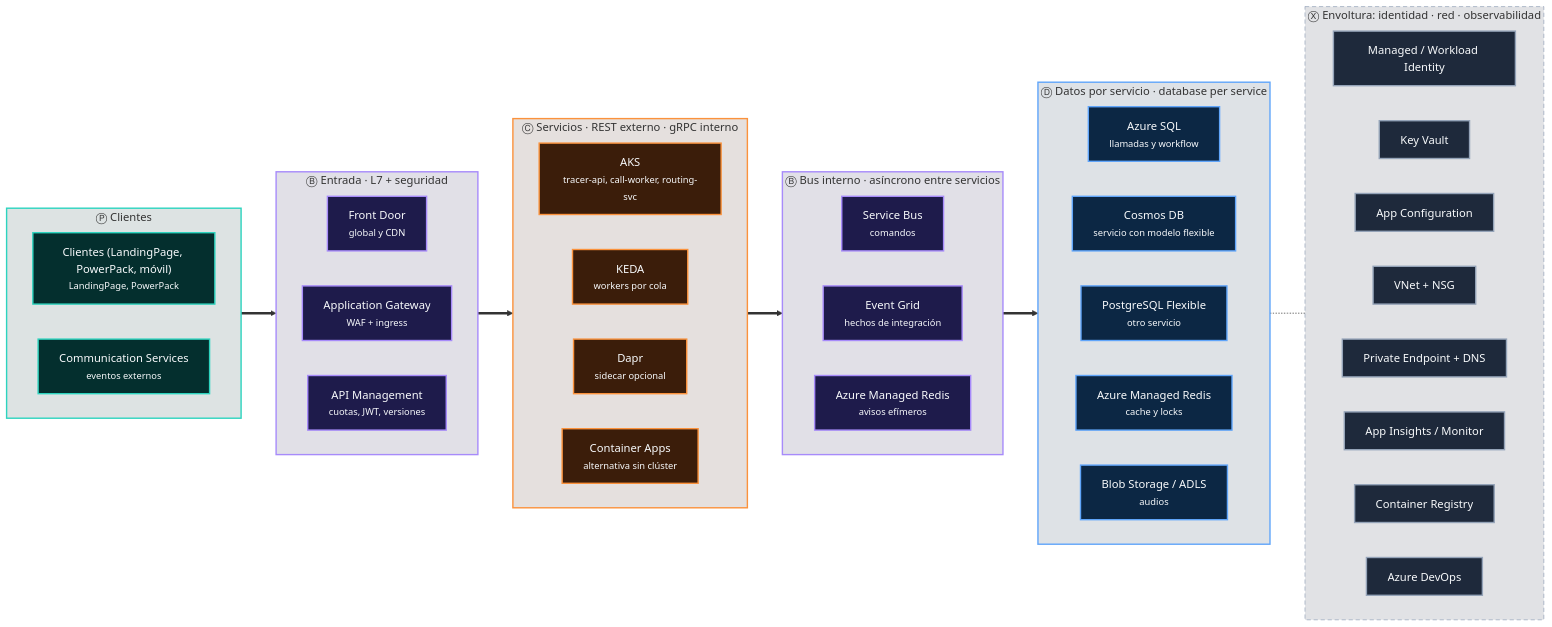
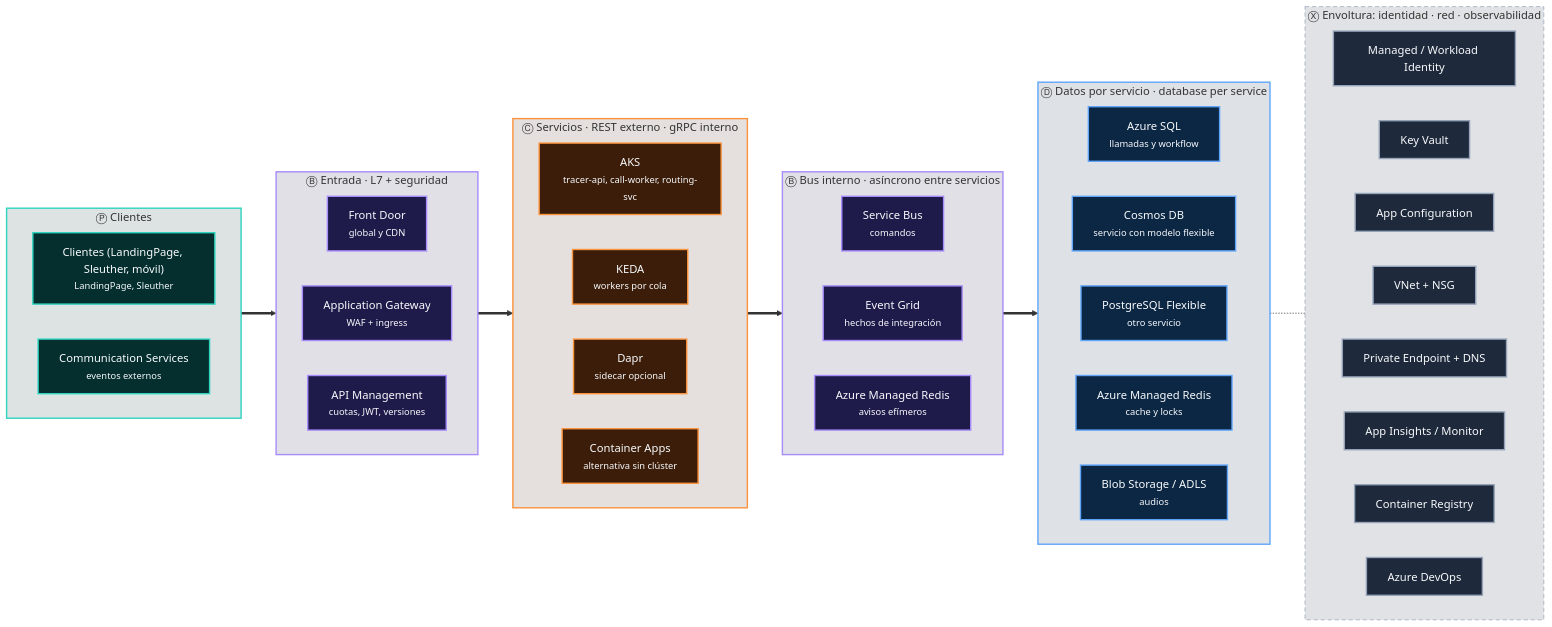
Before and after one commit to CristianSifuentes/QuickTheoryNET: the fourth of 13 diagrams in docs/11-trece-arquitecturas-como-frases.md, drawn with Mermaid. The commit also changed other lines of this file and 17 other files, not shown here.

First line of the commit message:
Rename the PowerPack project to Sleuther

````diff
--- a/docs/11-trece-arquitecturas-como-frases.md
+++ b/docs/11-trece-arquitecturas-como-frases.md
@@ -322,63 +322,63 @@
 ```mermaid
 flowchart LR
     subgraph L0["Ⓟ Clientes"]
         direction LR
-        L0_0["Clientes (LandingPage, PowerPack, móvil)<br/><small>LandingPage, PowerPack</small>"]:::P
+        L0_0["Clientes (LandingPage, Sleuther, móvil)<br/><small>LandingPage, Sleuther</small>"]:::P
         L0_1["Communication Services<br/><small>eventos externos</small>"]:::P
     end
     style L0 fill:#042F2E22,stroke:#2DD4BF,stroke-width:2px
     subgraph L1["Ⓑ Entrada · L7 + seguridad"]
         direction LR
         L1_0["Front Door<br/><small>global y CDN</small>"]:::B
         L1_1["Application Gateway<br/><small>WAF + ingress</small>"]:::B
         L1_2["API Management<br/><small>cuotas, JWT, versiones</small>"]:::B
     end
     style L1 fill:#1E1B4B22,stroke:#A78BFA,stroke-width:2px
     subgraph L2["Ⓒ Servicios · REST externo · gRPC interno"]
         direction LR
         L2_0["AKS<br/><small>tracer-api, call-worker, routing-svc</small>"]:::C
         L2_1["KEDA<br/><small>workers por cola</small>"]:::C
         L2_2["Dapr<br/><small>sidecar opcional</small>"]:::C
         L2_3["Container Apps<br/><small>alternativa sin clúster</small>"]:::C
     end
     style L2 fill:#3B1D0A22,stroke:#FB923C,stroke-width:2px
     subgraph L3["Ⓑ Bus interno · asíncrono entre servicios"]
         direction LR
         L3_0["Service Bus<br/><small>comandos</small>"]:::B
         L3_1["Event Grid<br/><small>hechos de integración</small>"]:::B
         L3_2["Azure Managed Redis<br/><small>avisos efímeros</small>"]:::B
     end
     style L3 fill:#1E1B4B22,stroke:#A78BFA,stroke-width:2px
     subgraph L4["Ⓓ Datos por servicio · database per service"]
         direction LR
         L4_0["Azure SQL<br/><small>llamadas y workflow</small>"]:::D
         L4_1["Cosmos DB<br/><small>servicio con modelo flexible</small>"]:::D
         L4_2["PostgreSQL Flexible<br/><small>otro servicio</small>"]:::D
         L4_3["Azure Managed Redis<br/><small>cache y locks</small>"]:::D
         L4_4["Blob Storage / ADLS<br/><small>audios</small>"]:::D
     end
     style L4 fill:#0C274422,stroke:#60A5FA,stroke-width:2px
     L0 ==> L1
     L1 ==> L2
     L2 ==> L3
     L3 ==> L4
     subgraph XX["Ⓧ Envoltura: identidad · red · observabilidad"]
         direction LR
         X0["Managed / Workload Identity"]:::X
         X1["Key Vault"]:::X
         X2["App Configuration"]:::X
         X3["VNet + NSG"]:::X
         X4["Private Endpoint + DNS"]:::X
         X5["App Insights / Monitor"]:::X
         X6["Container Registry"]:::X
         X7["Azure DevOps"]:::X
     end
     style XX fill:#1E293B22,stroke:#94A3B8,stroke-dasharray:6 4
     L4 -.- XX
     classDef P fill:#042F2E,stroke:#2DD4BF,color:#F8FAFC,stroke-width:2px
     classDef B fill:#1E1B4B,stroke:#A78BFA,color:#F8FAFC,stroke-width:2px
     classDef C fill:#3B1D0A,stroke:#FB923C,color:#F8FAFC,stroke-width:2px
     classDef D fill:#0C2744,stroke:#60A5FA,color:#F8FAFC,stroke-width:2px
     classDef S fill:#1A2E05,stroke:#A3E635,color:#F8FAFC,stroke-width:2px
     classDef X fill:#1E293B,stroke:#94A3B8,color:#F8FAFC,stroke-width:2px
 ```
````
